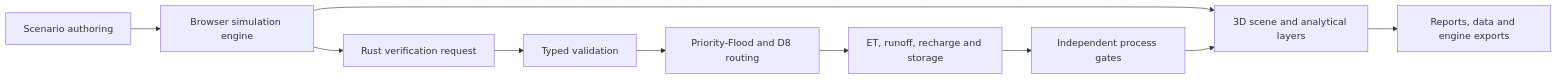
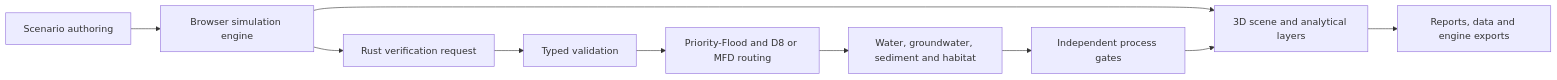
Before and after one commit to laiyukai910-star/geolab-128: the diagram in README.md, drawn with Mermaid. The commit also changed other lines of this file and 20 other files, not shown here.

````diff
--- a/README.md
+++ b/README.md
@@ -42,12 +42,12 @@
 ```mermaid
 flowchart LR
     A["Scenario authoring"] --> B["Browser simulation engine"]
     B --> C["3D scene and analytical layers"]
     B --> D["Rust verification request"]
     D --> E["Typed validation"]
-    E --> F["Priority-Flood and D8 routing"]
-    F --> G["ET, runoff, recharge and storage"]
+    E --> F["Priority-Flood and D8 or MFD routing"]
+    F --> G["Water, groundwater, sediment and habitat"]
     G --> H["Independent process gates"]
     H --> C
     C --> I["Reports, data and engine exports"]
 ```
````
